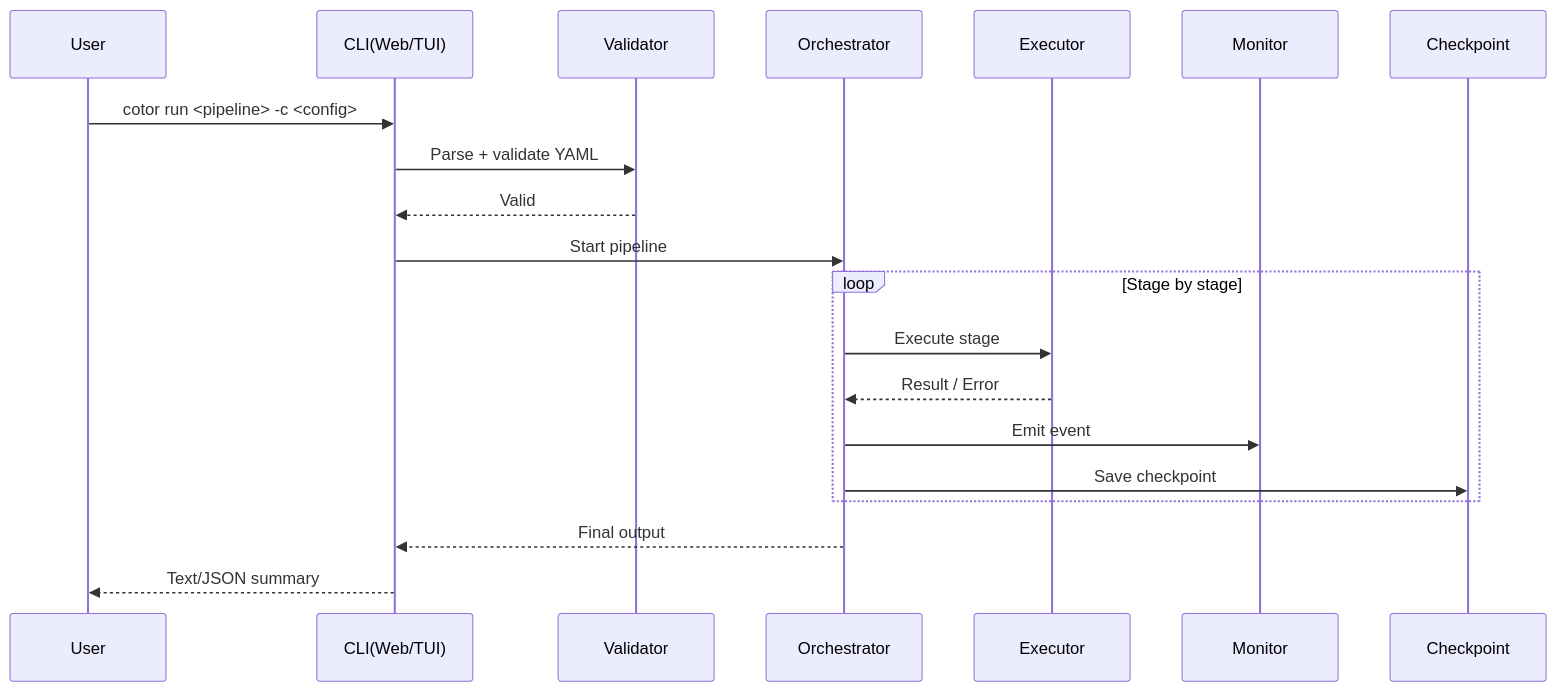
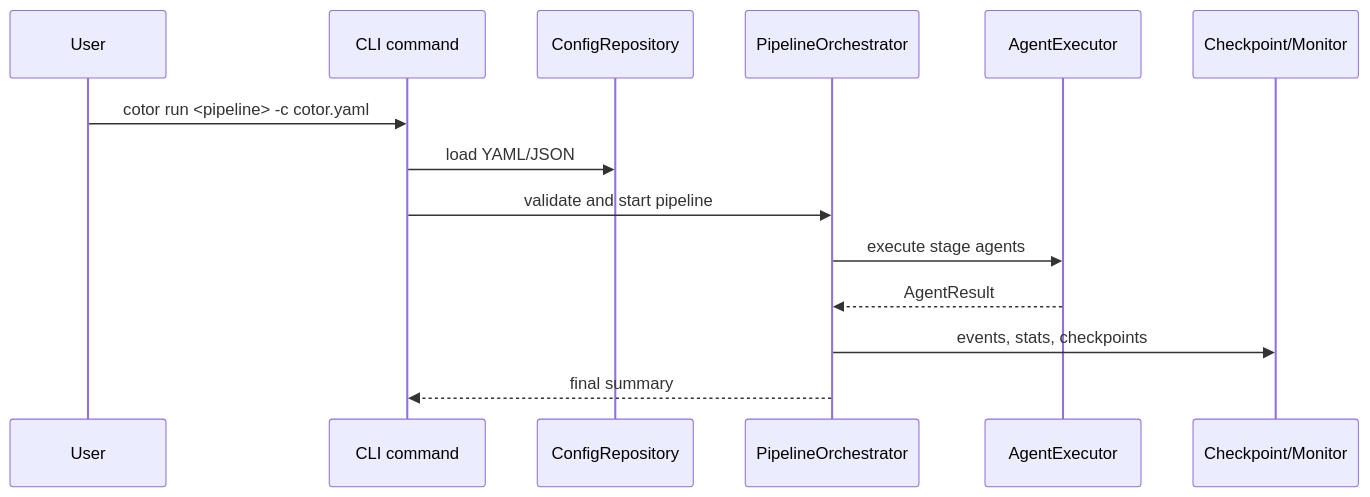
Before and after one commit to bssm-oss/cotor: the second of 3 diagrams in docs/ARCHITECTURE.md, drawn with Mermaid. The commit also changed other lines of this file and 16 other files, not shown here.

First line of the commit message:
docs: align architecture and module guides

````diff
--- a/docs/ARCHITECTURE.md
+++ b/docs/ARCHITECTURE.md
@@ -27,25 +43,17 @@
 ```mermaid
 sequenceDiagram
-    participant U as User
-    participant P as CLI(Web/TUI)
-    participant V as Validator
-    participant O as Orchestrator
-    participant E as Executor
-    participant M as Monitor
-    participant C as Checkpoint
+    participant User
+    participant CLI as CLI command
+    participant Config as ConfigRepository
+    participant Runtime as PipelineOrchestrator
+    participant Executor as AgentExecutor
+    participant Store as Checkpoint/Monitor
 
-    U->>P: cotor run <pipeline> -c <config>
-    P->>V: Parse + validate YAML
-    V-->>P: Valid
-    P->>O: Start pipeline
-
-    loop Stage by stage
-      O->>E: Execute stage
-      E-->>O: Result / Error
-      O->>M: Emit event
-      O->>C: Save checkpoint
-    end
-
-    O-->>P: Final output
-    P-->>U: Text/JSON summary
+    User->>CLI: cotor run <pipeline> -c cotor.yaml
+    CLI->>Config: load YAML/JSON
+    CLI->>Runtime: validate and start pipeline
+    Runtime->>Executor: execute stage agents
+    Executor-->>Runtime: AgentResult
+    Runtime->>Store: events, stats, checkpoints
+    Runtime-->>CLI: final summary
 ```
````
